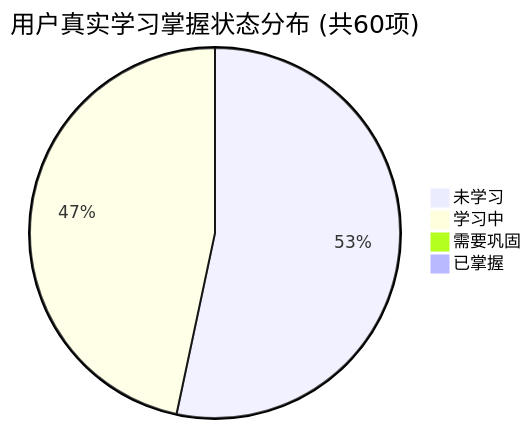
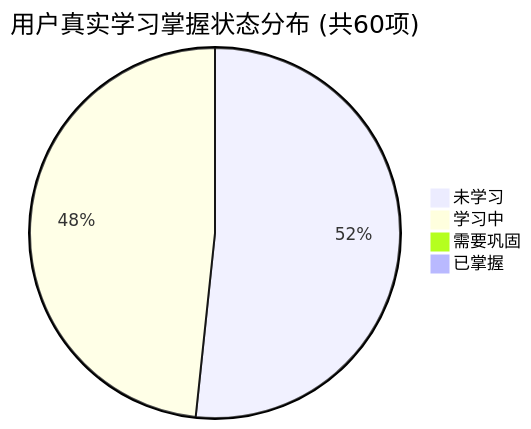
Before and after one commit to tieke1121/tech-interview-knowledge-base: the first of 2 diagrams in PROGRESS.md, drawn with Mermaid. The commit also changed other lines of this file and 1 other file, not shown here.

````diff
--- a/PROGRESS.md
+++ b/PROGRESS.md
@@ -27,7 +27,7 @@
 ```mermaid
 pie title 用户真实学习掌握状态分布 (共60项)
-    "未学习" : 32
-    "学习中" : 28
+    "未学习" : 31
+    "学习中" : 29
     "需要巩固" : 0
     "已掌握" : 0
 ```
````
